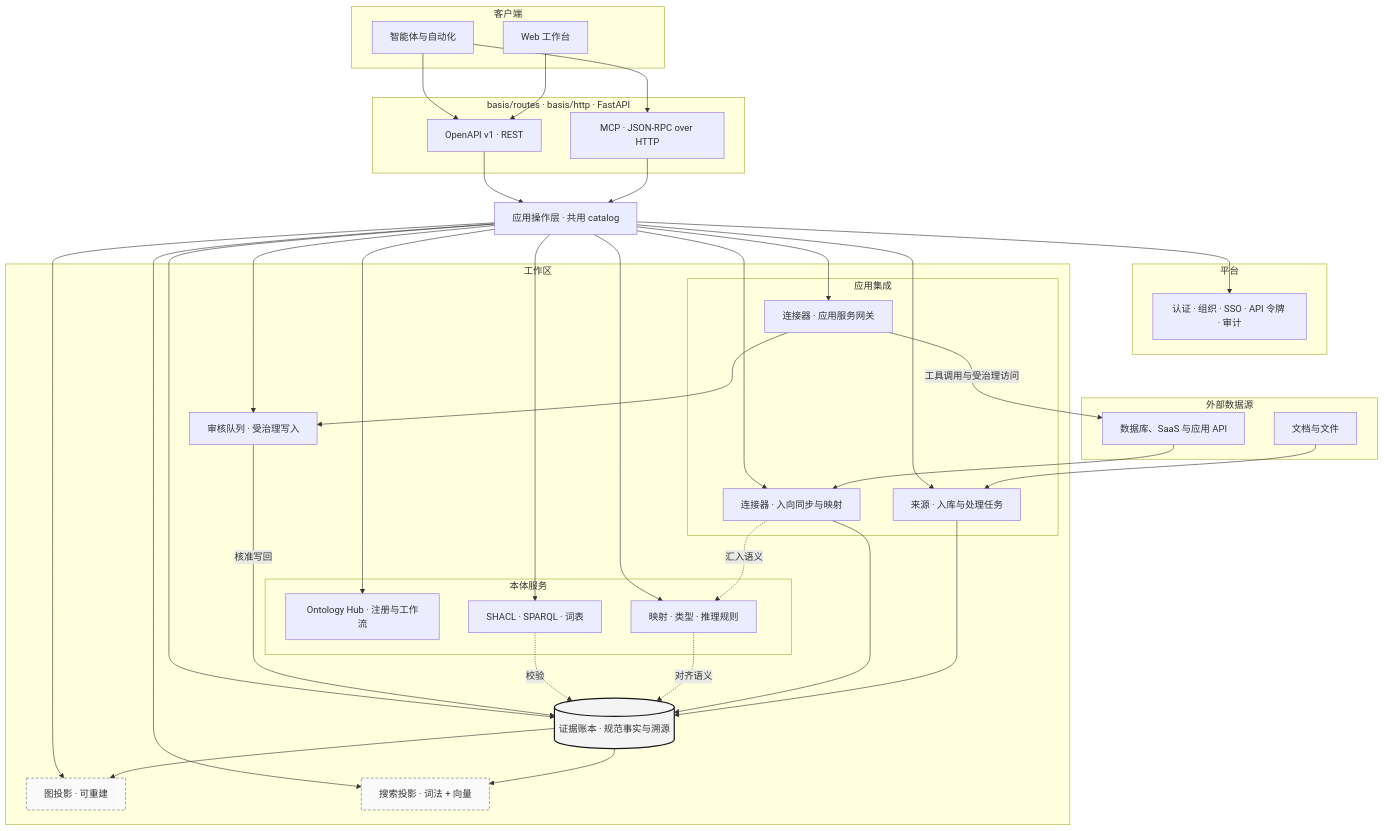
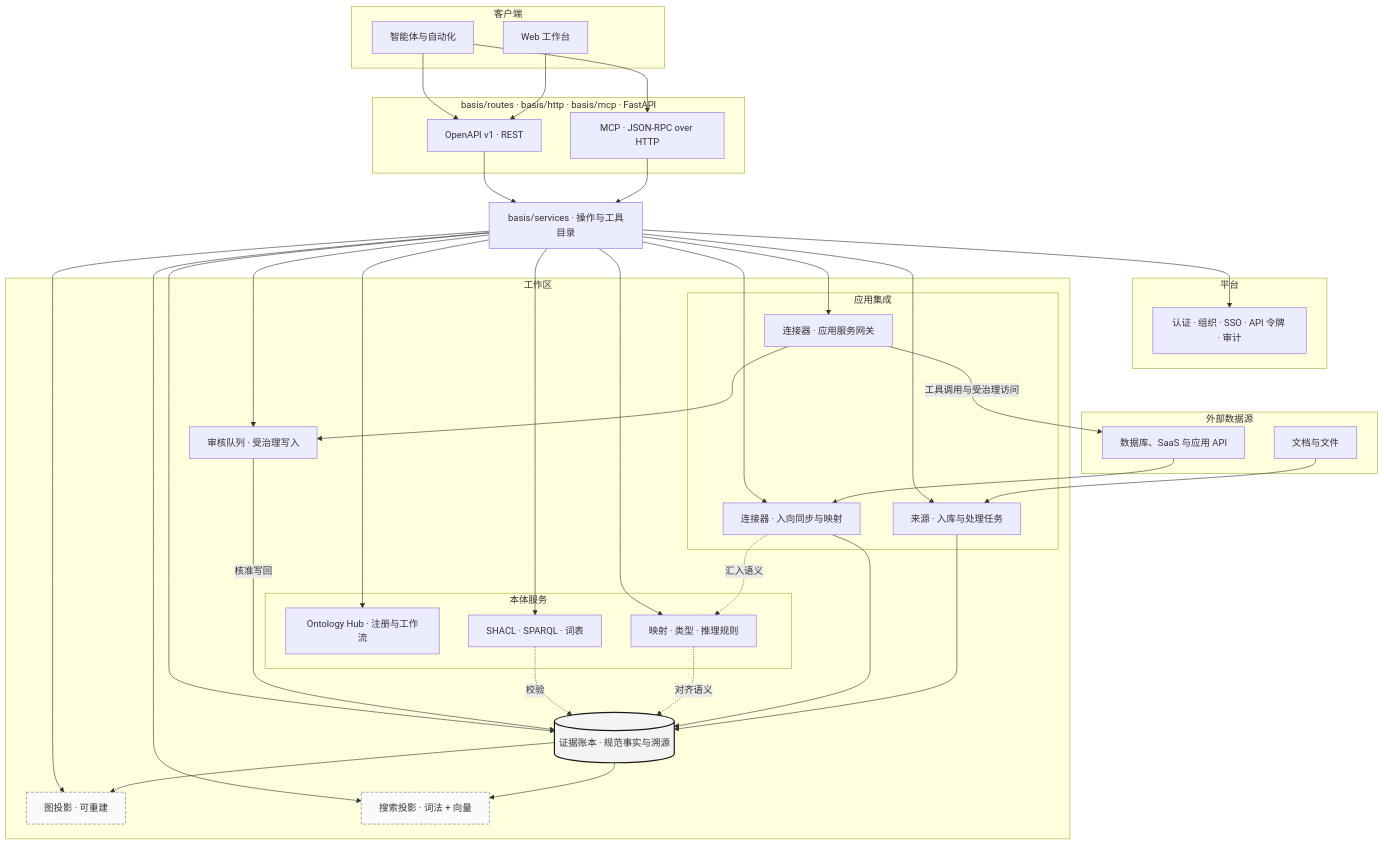
The diagram in README.zh-CN.md (coldbuffer/basis), drawn with Mermaid before and after one commit. The commit also changed 1 other file, not shown here.

Commit message:
docs(readme): align architecture diagram with routes, http, mcp, and services

````diff
--- a/README.zh-CN.md
+++ b/README.zh-CN.md
@@ -60,78 +60,78 @@
 ```mermaid
 flowchart TB
   subgraph external["外部数据源"]
     docs["文档与文件"]
     systems["数据库、SaaS 与应用 API"]
   end
 
   subgraph clients["客户端"]
     studio["Web 工作台"]
     agents["智能体与自动化"]
   end
 
-  subgraph apiLayer["basis/routes · basis/http · FastAPI"]
+  subgraph apiLayer["basis/routes · basis/http · basis/mcp · FastAPI"]
     rest["OpenAPI v1 · REST"]
     mcp["MCP · JSON-RPC over HTTP"]
   end
 
-  ops["应用操作层 · 共用 catalog"]
+  ops["basis/services · 操作与工具目录"]
 
   subgraph platform["平台"]
     plat["认证 · 组织 · SSO · API 令牌 · 审计"]
   end
 
   subgraph workspace["工作区"]
     subgraph integration["应用集成"]
       sources["来源 · 入库与处理任务"]
       connSync["连接器 · 入向同步与映射"]
       connGw["连接器 · 应用服务网关"]
     end
 
     subgraph ontologySvc["本体服务"]
       hub["Ontology Hub · 注册与工作流"]
       govern["SHACL · SPARQL · 词表"]
       maps["映射 · 类型 · 推理规则"]
     end
 
     ledger[("证据账本 · 规范事实与溯源")]
     review["审核队列 · 受治理写入"]
     graphProj["图投影 · 可重建"]
     searchProj["搜索投影 · 词法 + 向量"]
   end
 
   docs --> sources
   systems --> connSync
   sources --> ledger
   connSync --> ledger
   connSync -.->|"汇入语义"| maps
   maps -.->|"对齐语义"| ledger
   govern -.->|"校验"| ledger
   ledger --> graphProj
   ledger --> searchProj
 
   agents --> mcp
   mcp --> ops
   ops --> connGw
   connGw -->|"工具调用与受治理访问"| systems
   connGw --> review
   review -->|"核准写回"| ledger
 
   studio --> rest
   agents --> rest
   rest --> ops
   ops --> plat
   ops --> sources
   ops --> connSync
   ops --> hub
   ops --> govern
   ops --> maps
   ops --> ledger
   ops --> graphProj
   ops --> searchProj
   ops --> review
 
   classDef canonical fill:#f4f4f5,stroke:#18181b,stroke-width:2px
   classDef projection fill:#fafafa,stroke:#71717a,stroke-dasharray: 5 3
   class ledger canonical
   class graphProj,searchProj projection
 ```
````
